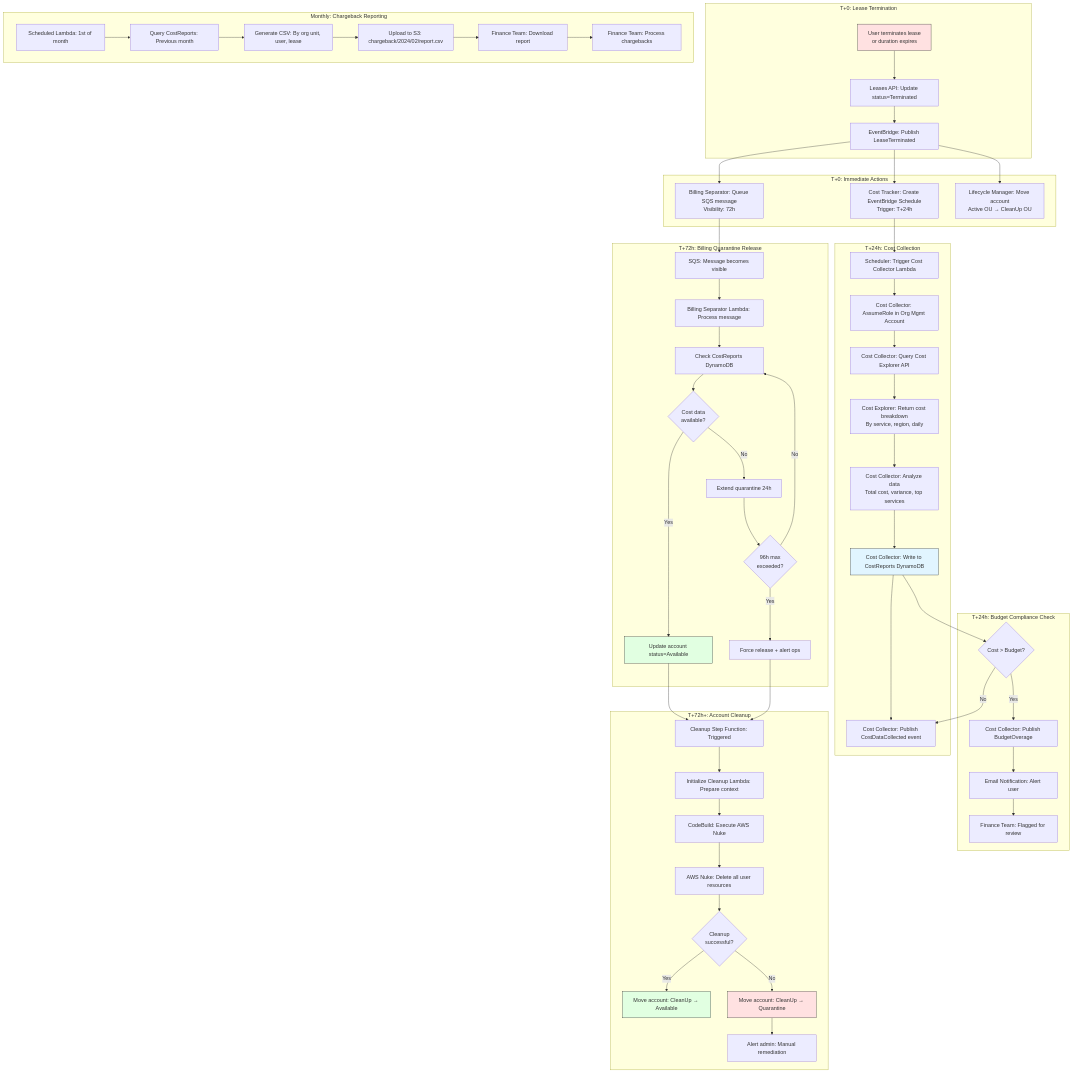
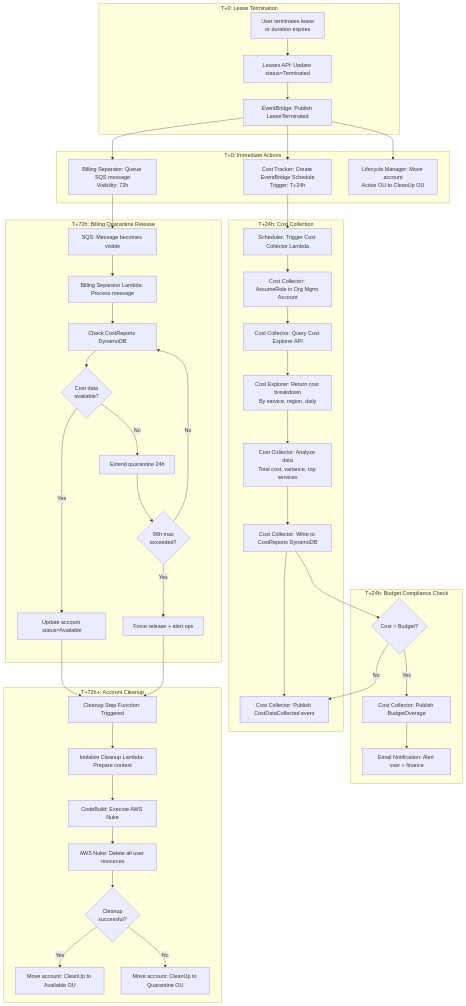
The fourth of 7 diagrams in docs/82-process-flows.md (co-cddo/ndx-try-arch), drawn with Mermaid before and after one commit. The commit also changed other lines of this file and 41 other files, not shown here.

First line of the commit message:
docs: update NDX architecture documentation (#9)

````diff
--- a/docs/82-process-flows.md
+++ b/docs/82-process-flows.md
@@ -272,7 +264,7 @@
     subgraph "T+0: Immediate Actions"
         B1[Billing Separator: Queue SQS message<br/>Visibility: 72h]
         B2[Cost Tracker: Create EventBridge Schedule<br/>Trigger: T+24h]
-        B3[Lifecycle Manager: Move account<br/>Active OU → CleanUp OU]
+        B3[Lifecycle Manager: Move account<br/>Active OU to CleanUp OU]
     end
 
     subgraph "T+24h: Cost Collection"
@@ -288,8 +280,7 @@
     subgraph "T+24h: Budget Compliance Check"
         D1{Cost > Budget?}
         D2[Cost Collector: Publish BudgetOverage]
-        D3[Email Notification: Alert user]
-        D4[Finance Team: Flagged for review]
+        D3[Email Notification: Alert user + finance]
     end
 
     subgraph "T+72h: Billing Quarantine Release"
@@ -309,18 +300,8 @@
         F3[CodeBuild: Execute AWS Nuke]
         F4[AWS Nuke: Delete all user resources]
         F5{Cleanup<br/>successful?}
-        F6[Move account: CleanUp → Available]
-        F7[Move account: CleanUp → Quarantine]
-        F8[Alert admin: Manual remediation]
-    end
-
-    subgraph "Monthly: Chargeback Reporting"
-        G1[Scheduled Lambda: 1st of month]
-        G2[Query CostReports: Previous month]
-        G3[Generate CSV: By org unit, user, lease]
-        G4[Upload to S3: chargeback/2024/02/report.csv]
-        G5[Finance Team: Download report]
-        G6[Finance Team: Process chargebacks]
+        F6[Move account: CleanUp to Available OU]
+        F7[Move account: CleanUp to Quarantine OU]
     end
 
     A1 --> A2 --> A3
@@ -329,7 +310,7 @@
     B2 --> C1 --> C2 --> C3 --> C4 --> C5 --> C6 --> C7
 
     C6 --> D1
-    D1 -->|Yes| D2 --> D3 --> D4
+    D1 -->|Yes| D2 --> D3
     D1 -->|No| C7
 
     B1 --> E1 --> E2 --> E3 --> E4
@@ -340,13 +321,5 @@
 
     F1 --> F2 --> F3 --> F4 --> F5
     F5 -->|Yes| F6
-    F5 -->|No| F7 --> F8
-
-    G1 --> G2 --> G3 --> G4 --> G5 --> G6
-
-    style A1 fill:#ffe1e1,stroke:#333
-    style C6 fill:#e1f5ff,stroke:#333
-    style E5 fill:#e1ffe1,stroke:#333
-    style F6 fill:#e1ffe1,stroke:#333
-    style F7 fill:#ffe1e1,stroke:#333
+    F5 -->|No| F7
 ```
````
